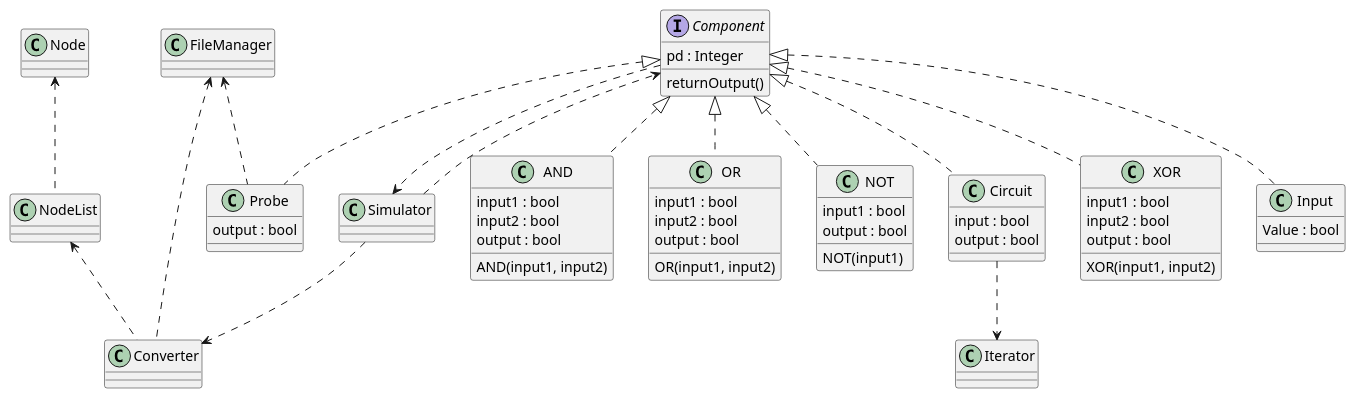
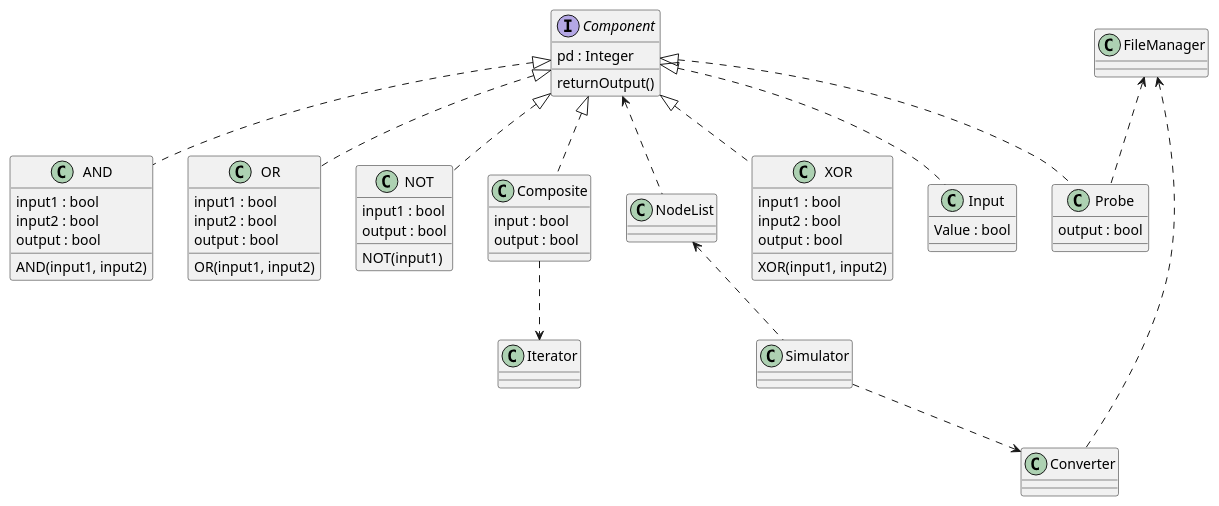
One commit to AngelVillanueva5/DesignPatterns changed the diagram in design.md. Above: the diagram before and after it, drawn with PlantUML.

Commit message:
changed things

```diff
--- a/design.md
+++ b/design.md
@@ -1,61 +1,58 @@
 @startuml
 interface Component {
   pd : Integer
   returnOutput()
 }
 class Simulator
 class AND {
 AND(input1, input2)
 input1 : bool
 input2 : bool
 output : bool
 }
 class OR {
 OR(input1, input2)
 input1 : bool
 input2 : bool
 output : bool
 }
 class NOT {
 NOT(input1)
 input1 : bool
 output : bool
 }
-class Node
-class Circuit {
+class Composite {
  input : bool
  output : bool
 }
 class NodeList
 class Converter
 class XOR {
 XOR(input1, input2)
 input1 : bool
 input2 : bool
 output : bool
 }
 class Probe {
 output : bool
 }
 class Input {
 Value : bool
 }
 class FileManager
 class Iterator
 
 Component <|.. AND
 Component <|.. OR
-Component <|.. Circuit
+Component <|.. Composite
 Component <|.. XOR
 Component <|.. Probe
 Component <|.. NOT
 Component <|.. Input
-Circuit ..> Iterator
-Simulator ..> Component
-Component ..> Simulator
+Composite ..> Iterator
+NodeList <.. Simulator
+Component <.. NodeList
 FileManager <.. Converter
 Simulator ..> Converter
-NodeList <.. Converter
 FileManager <.. Probe
-Node <.. NodeList
 @enduml
```
